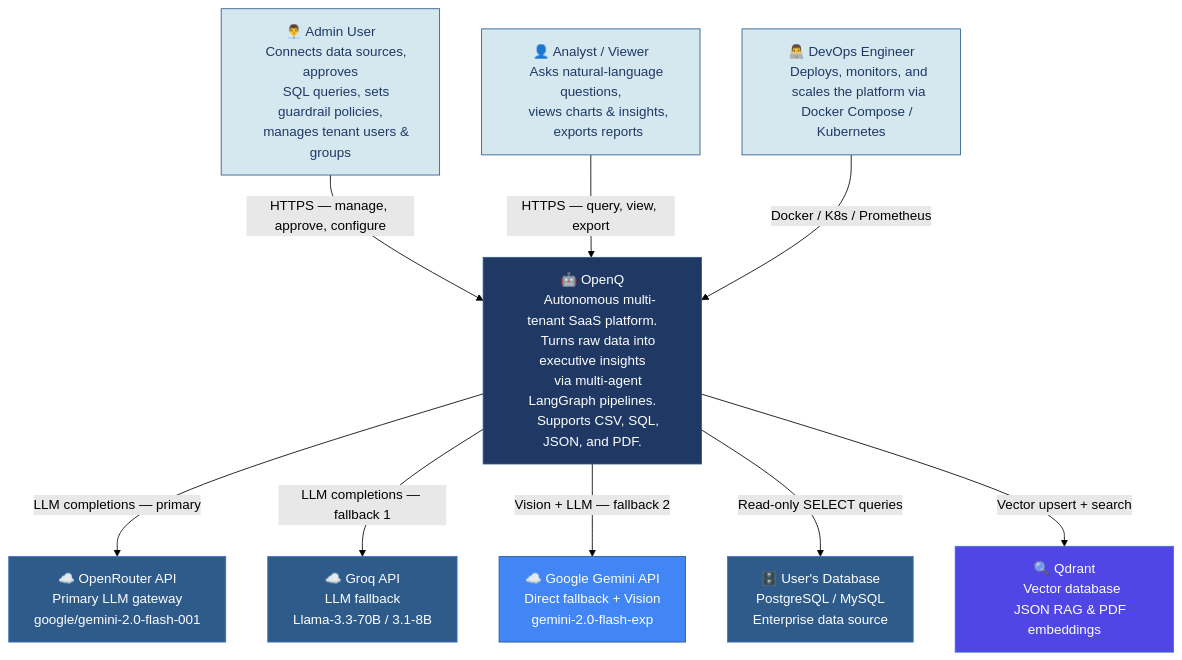
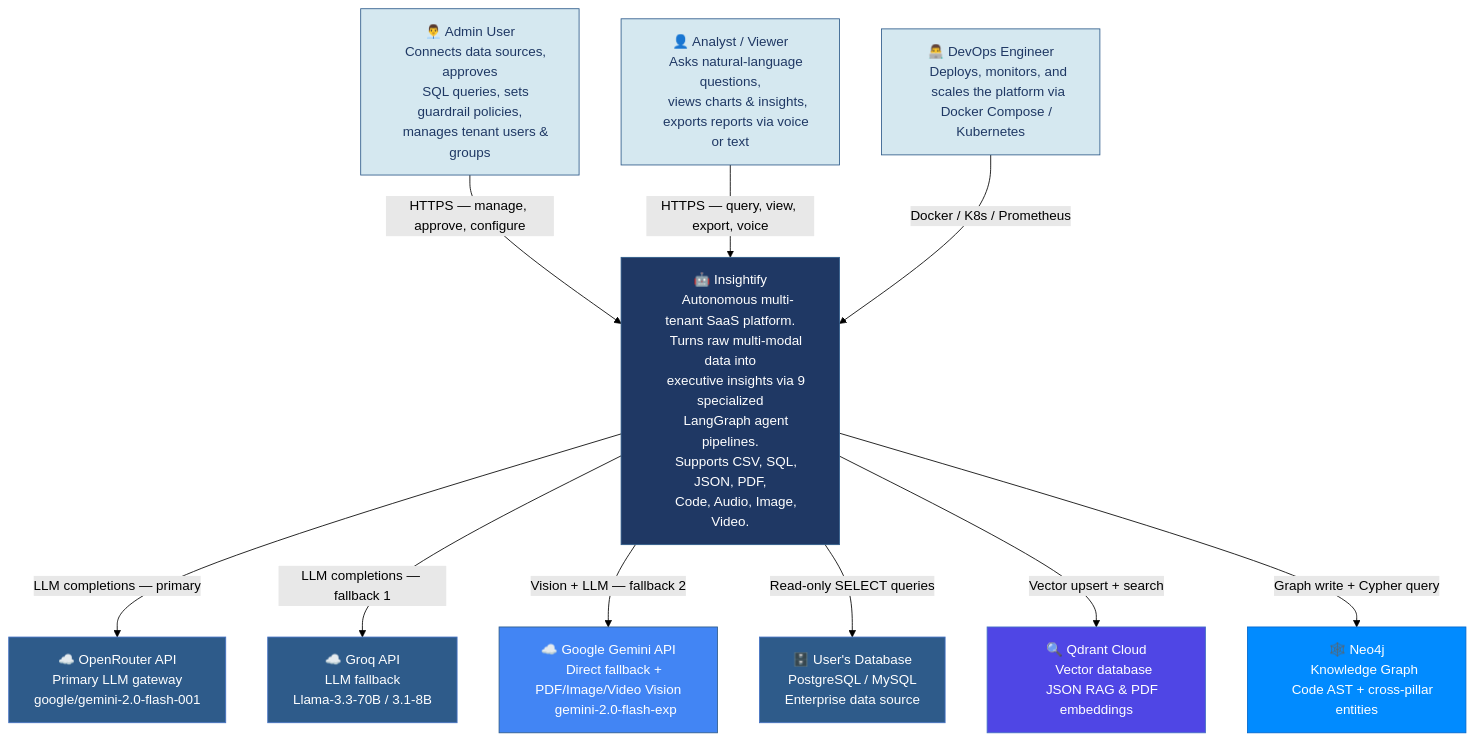
One commit to OmarAbdelhamidAly/OpenQ-Federated-Agentic-Intelligence-Platform changed the first of 13 diagrams in NTI_C4_DIAGRAMS.md. Above: the diagram before and after it, drawn with Mermaid (forest theme). The commit also changed other lines of this file and 15 other files, not shown here.

````diff
--- a/NTI_C4_DIAGRAMS.md
+++ b/NTI_C4_DIAGRAMS.md
@@ -14,62 +14,70 @@
 ```mermaid
 graph TB
     Admin["👨‍💼 Admin User
     Connects data sources, approves
     SQL queries, sets guardrail policies,
     manages tenant users & groups"]
 
     Viewer["👤 Analyst / Viewer
     Asks natural-language questions,
     views charts & insights,
-    exports reports"]
+    exports reports via voice or text"]
 
     DevOps["👨‍💻 DevOps Engineer
     Deploys, monitors, and
     scales the platform via
     Docker Compose / Kubernetes"]
 
-    System["🤖 OpenQ
+    System["🤖 Insightify
     Autonomous multi-tenant SaaS platform.
-    Turns raw data into executive insights
-    via multi-agent LangGraph pipelines.
-    Supports CSV, SQL, JSON, and PDF."]
+    Turns raw multi-modal data into
+    executive insights via 9 specialized
+    LangGraph agent pipelines.
+    Supports CSV, SQL, JSON, PDF,
+    Code, Audio, Image, Video."]
 
     OpenRouter["☁️ OpenRouter API
     Primary LLM gateway
     google/gemini-2.0-flash-001"]
 
     Groq["☁️ Groq API
     LLM fallback
     Llama-3.3-70B / 3.1-8B"]
 
     Gemini["☁️ Google Gemini API
-    Direct fallback + Vision
+    Direct fallback + PDF/Image/Video Vision
     gemini-2.0-flash-exp"]
 
     UserDB["🗄️ User's Database
     PostgreSQL / MySQL
     Enterprise data source"]
 
-    Qdrant["🔍 Qdrant
+    Qdrant["🔍 Qdrant Cloud
     Vector database
     JSON RAG & PDF embeddings"]
 
+    Neo4j["🕸️ Neo4j
+    Knowledge Graph
+    Code AST + cross-pillar entities"]
+
     Admin  -->|"HTTPS — manage, approve, configure"| System
-    Viewer -->|"HTTPS — query, view, export"| System
+    Viewer -->|"HTTPS — query, view, export, voice"| System
     DevOps -->|"Docker / K8s / Prometheus"| System
     System -->|"LLM completions — primary"| OpenRouter
     System -->|"LLM completions — fallback 1"| Groq
     System -->|"Vision + LLM — fallback 2"| Gemini
     System -->|"Read-only SELECT queries"| UserDB
     System -->|"Vector upsert + search"| Qdrant
+    System -->|"Graph write + Cypher query"| Neo4j
 
     style System fill:#1F3864,color:#fff,stroke:#2E5B8A
     style OpenRouter fill:#2E5B8A,color:#fff,stroke:#4472C4
     style Groq fill:#2E5B8A,color:#fff,stroke:#4472C4
     style Gemini fill:#4285F4,color:#fff,stroke:#2E5B8A
     style UserDB fill:#2E5B8A,color:#fff,stroke:#4472C4
     style Qdrant fill:#4F46E5,color:#fff,stroke:#4472C4
+    style Neo4j fill:#018BFF,color:#fff,stroke:#0066CC
     style Admin  fill:#D5E8F0,color:#1F3864,stroke:#2E5B8A
     style Viewer fill:#D5E8F0,color:#1F3864,stroke:#2E5B8A
     style DevOps fill:#D5E8F0,color:#1F3864,stroke:#2E5B8A
 ```
````
